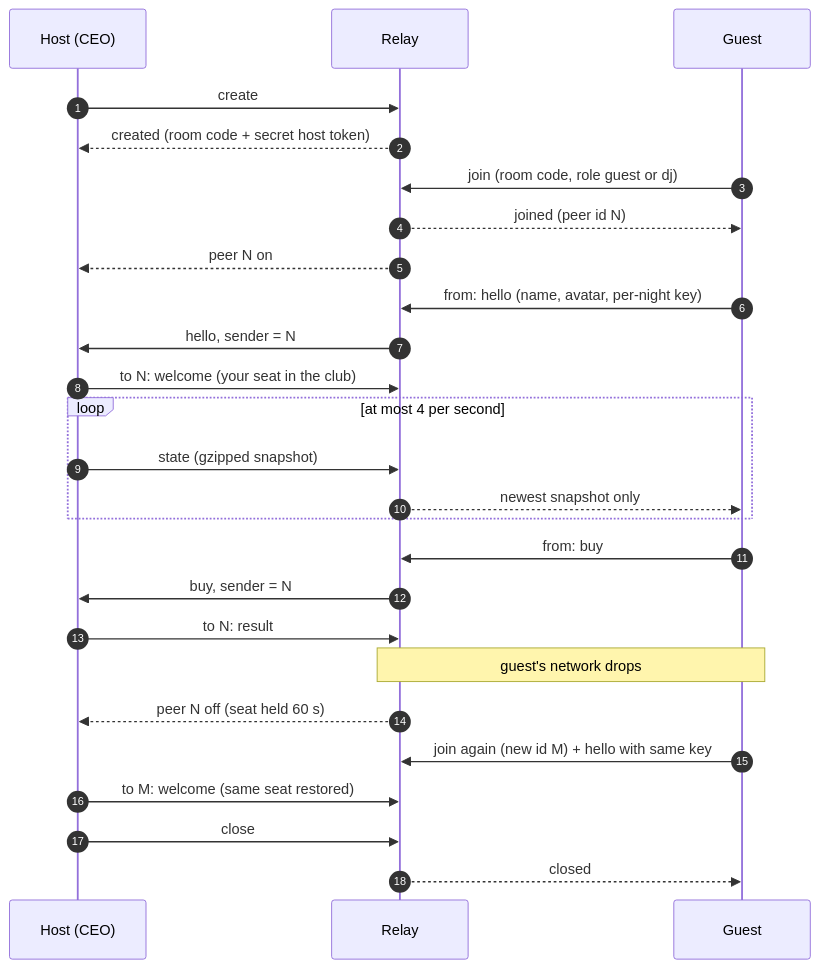
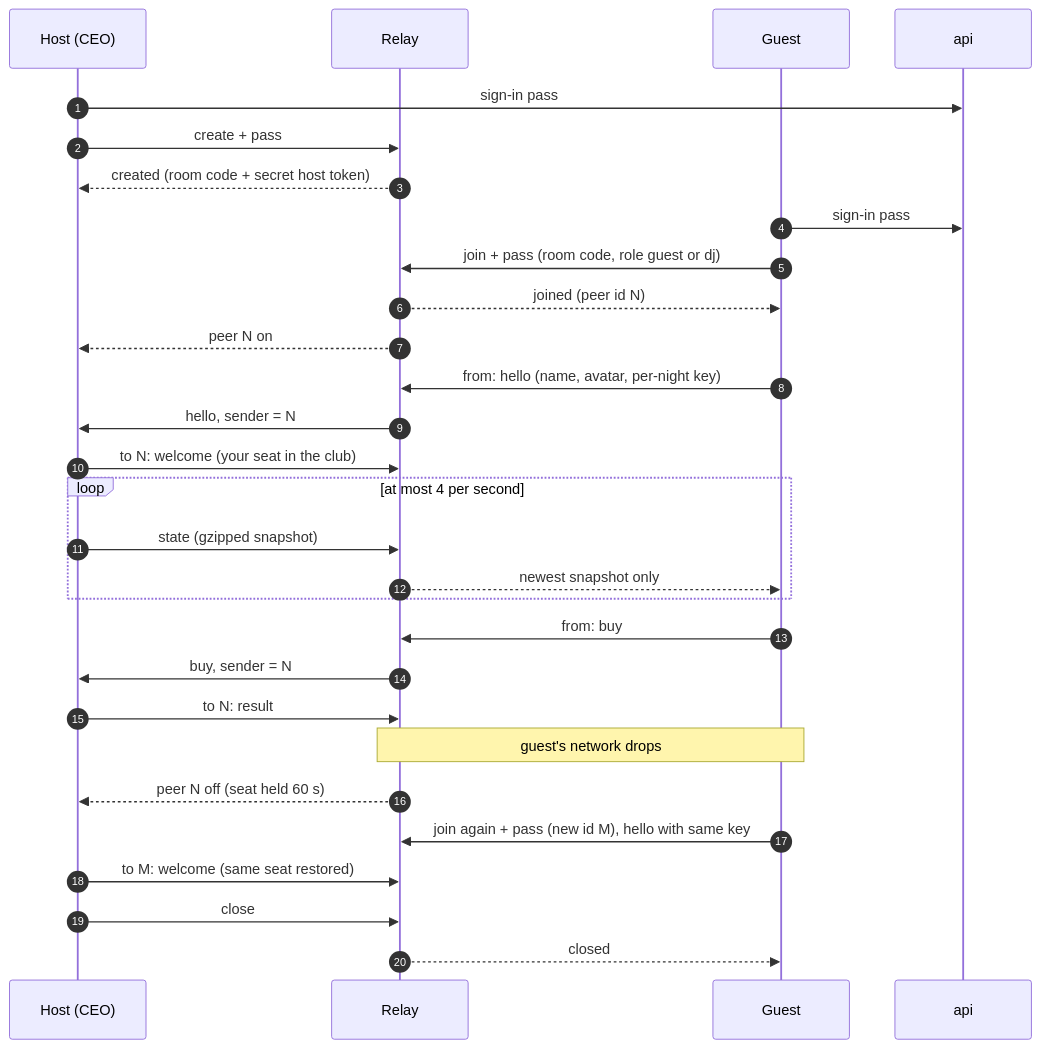
The second of 2 diagrams in docs/site/multiplayer-live.mdx (riorblade/nyxeron), drawn with Mermaid before and after one commit. The commit also changed other lines of this file and 12 other files, not shown here.

````diff
--- a/docs/site/multiplayer-live.mdx
+++ b/docs/site/multiplayer-live.mdx
@@ -68,28 +68,31 @@
 ```mermaid
 sequenceDiagram
   autonumber
   participant H as Host (CEO)
   participant R as Relay
   participant G as Guest
-  H->>R: create
+  participant A as api
+  H->>A: sign-in pass
+  H->>R: create + pass
   R-->>H: created (room code + secret host token)
-  G->>R: join (room code, role guest or dj)
+  G->>A: sign-in pass
+  G->>R: join + pass (room code, role guest or dj)
   R-->>G: joined (peer id N)
   R-->>H: peer N on
   G->>R: from: hello (name, avatar, per-night key)
   R->>H: hello, sender = N
   H->>R: to N: welcome (your seat in the club)
   loop at most 4 per second
     H->>R: state (gzipped snapshot)
     R-->>G: newest snapshot only
   end
   G->>R: from: buy
   R->>H: buy, sender = N
   H->>R: to N: result
   Note over G,R: guest's network drops
   R-->>H: peer N off (seat held 60 s)
-  G->>R: join again (new id M) + hello with same key
+  G->>R: join again + pass (new id M), hello with same key
   H->>R: to M: welcome (same seat restored)
   H->>R: close
   R-->>G: closed
 ```
````
